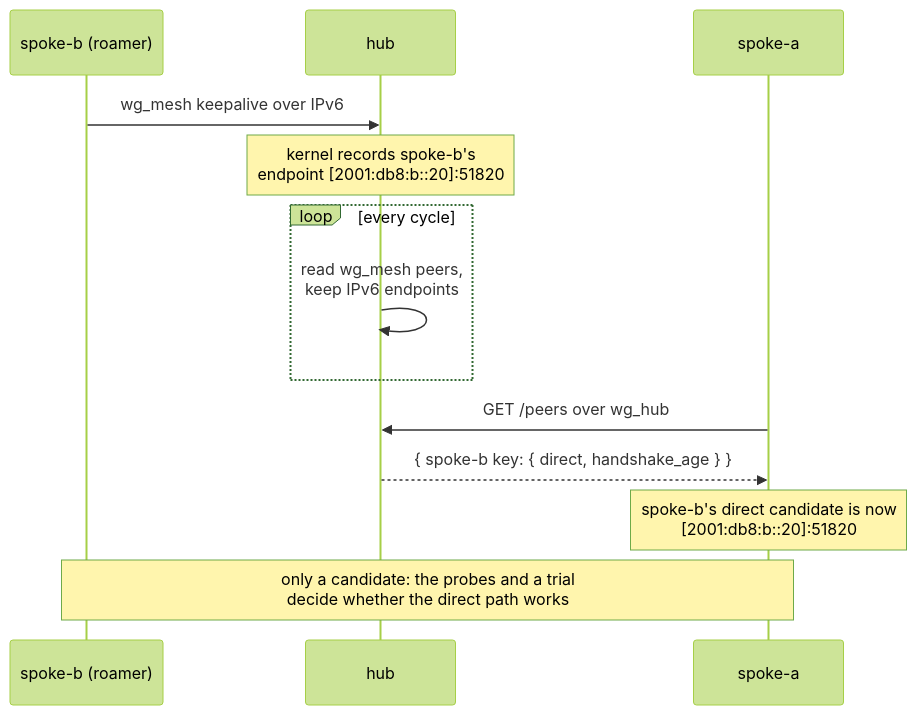
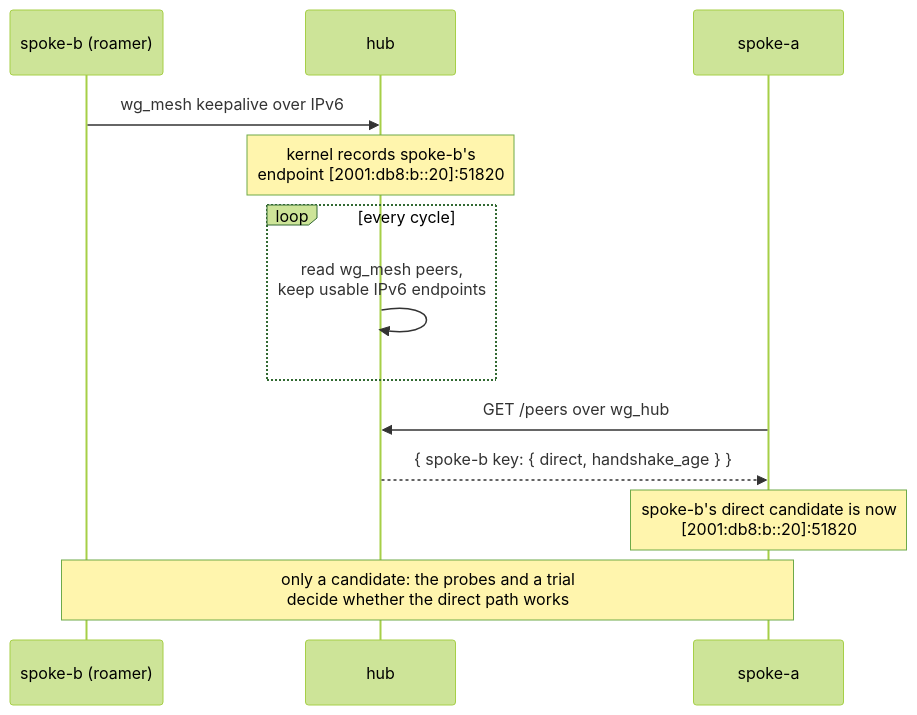
Before and after one commit to m00qek/wgpathd: the diagram in docs/explanation/discovery.md, drawn with Mermaid (forest theme). The commit also changed other lines of this file and 5 other files, not shown here.

````diff
--- a/docs/explanation/discovery.md
+++ b/docs/explanation/discovery.md
@@ -13,15 +13,15 @@
 ```mermaid
 sequenceDiagram
     participant B as spoke-b (roamer)
     participant H as hub
     participant A as spoke-a
     B->>H: wg_mesh keepalive over IPv6
     Note over H: kernel records spoke-b's<br/>endpoint [2001:db8:b::20]:51820
     loop every cycle
-        H->>H: read wg_mesh peers,<br/>keep IPv6 endpoints
+        H->>H: read wg_mesh peers,<br/>keep usable IPv6 endpoints
     end
     A->>H: GET /peers over wg_hub
     H-->>A: { spoke-b key: { direct, handshake_age } }
     Note over A: spoke-b's direct candidate is now<br/>[2001:db8:b::20]:51820
     Note over A,B: only a candidate: the probes and a trial<br/>decide whether the direct path works
 ```
````
